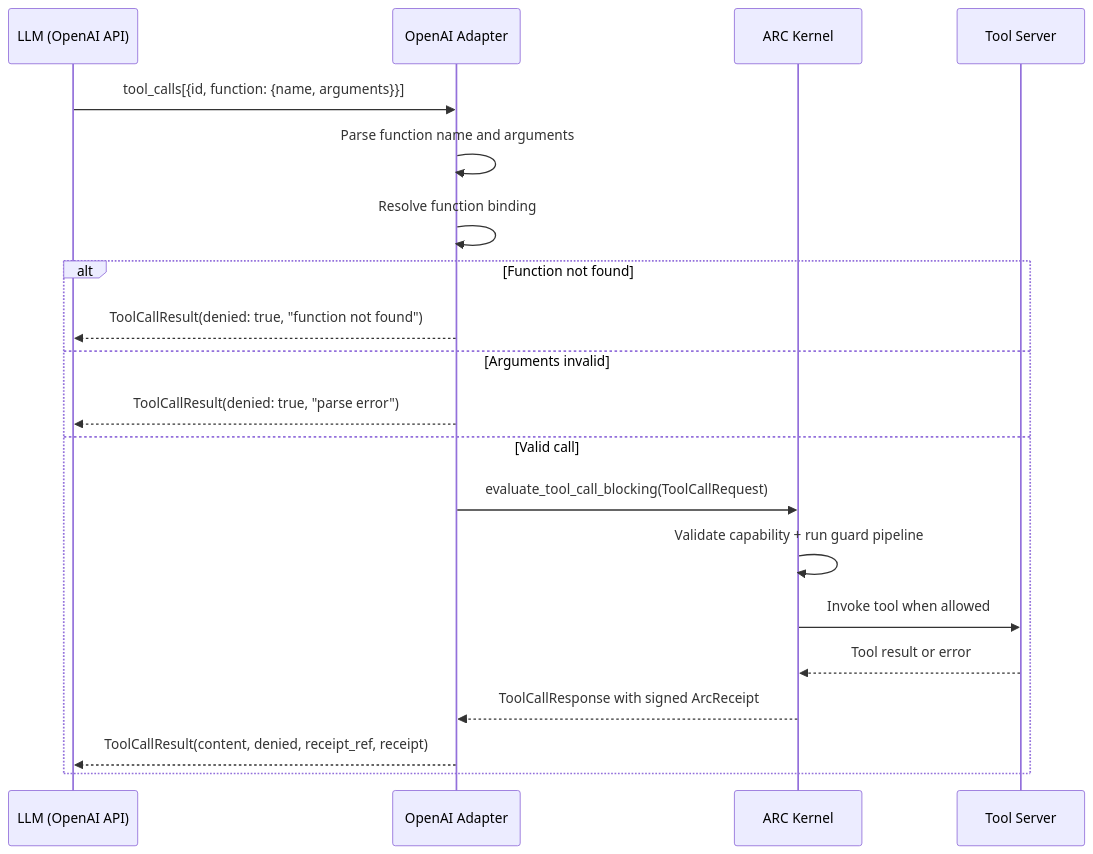
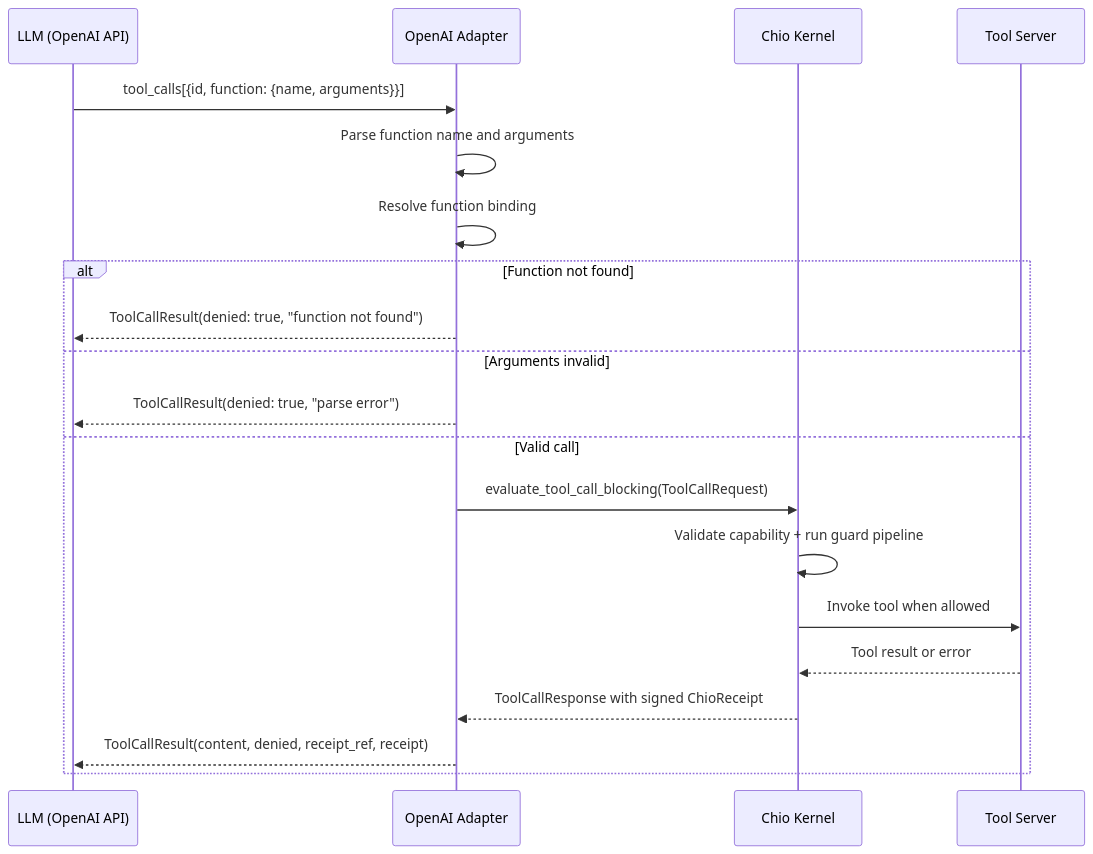
One commit to bb-connor/arc changed the fourth of 4 diagrams in spec/BRIDGES.md. Above: the diagram before and after it, drawn with Mermaid. The commit also changed other lines of this file and 3351 other files, not shown here.

First line of the commit message:
feat(rename): arc → chio full overhaul

````diff
--- a/spec/BRIDGES.md
+++ b/spec/BRIDGES.md
@@ -477,23 +477,23 @@
 ```mermaid
 sequenceDiagram
     participant LLM as LLM (OpenAI API)
     participant A as OpenAI Adapter
-    participant K as ARC Kernel
+    participant K as Chio Kernel
     participant T as Tool Server
 
     LLM->>A: tool_calls[{id, function: {name, arguments}}]
     A->>A: Parse function name and arguments
     A->>A: Resolve function binding
     alt Function not found
         A-->>LLM: ToolCallResult(denied: true, "function not found")
     else Arguments invalid
         A-->>LLM: ToolCallResult(denied: true, "parse error")
     else Valid call
         A->>K: evaluate_tool_call_blocking(ToolCallRequest)
         K->>K: Validate capability + run guard pipeline
         K->>T: Invoke tool when allowed
         T-->>K: Tool result or error
-        K-->>A: ToolCallResponse with signed ArcReceipt
+        K-->>A: ToolCallResponse with signed ChioReceipt
         A-->>LLM: ToolCallResult(content, denied, receipt_ref, receipt)
     end
 ```
````
